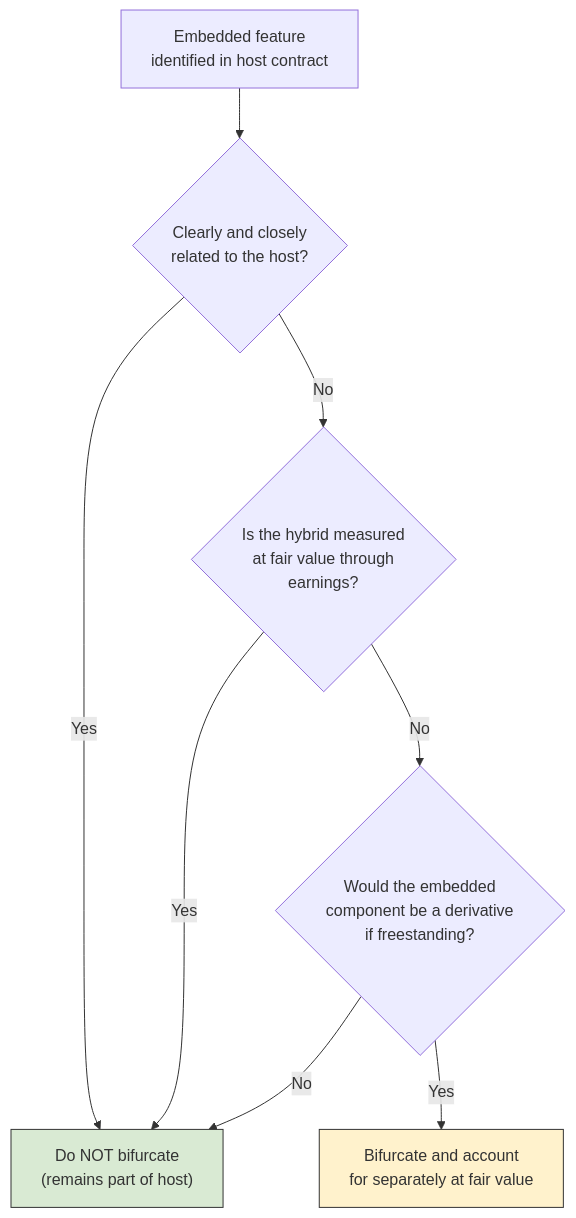
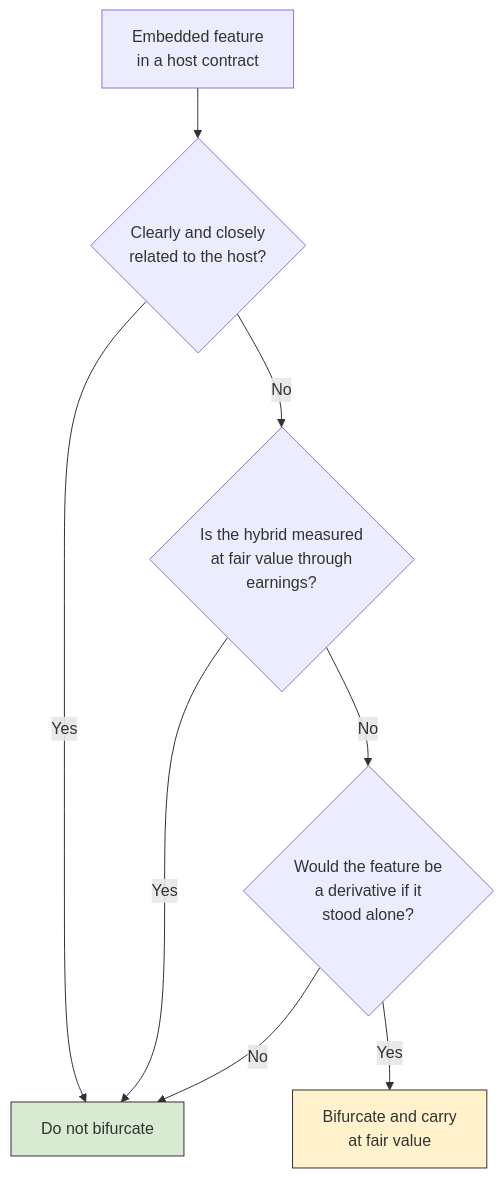
Before and after one commit to subwaymatch/cpabear-book: the diagram in docs/bar/technical-accounting-combinations-and-reporting/derivatives-and-hedge-accounting.md, drawn with Mermaid. The commit also changed other lines of this file and 204 other files, not shown here.

First line of the commit message:
Update the book for the 2027 CPA Exam Blueprints, fix dark-mode diagrams, add diagram zoom (#49)

````diff
--- a/docs/bar/technical-accounting-combinations-and-reporting/derivatives-and-hedge-accounting.md
+++ b/docs/bar/technical-accounting-combinations-and-reporting/derivatives-and-hedge-accounting.md
@@ -71,12 +48,12 @@
 ```mermaid
 graph TD
-    A["Embedded feature<br/>identified in host contract"] --> B{"Clearly and closely<br/>related to the host?"}
-    B -->|Yes| NB["Do NOT bifurcate<br/>(remains part of host)"]
+    A["Embedded feature<br/>in a host contract"] --> B{"Clearly and closely<br/>related to the host?"}
+    B -->|Yes| NB["Do not bifurcate"]
     B -->|No| C{"Is the hybrid measured<br/>at fair value through<br/>earnings?"}
     C -->|Yes| NB
-    C -->|No| D{"Would the embedded<br/>component be a derivative<br/>if freestanding?"}
+    C -->|No| D{"Would the feature be<br/>a derivative if it<br/>stood alone?"}
     D -->|No| NB
-    D -->|Yes| BIF["Bifurcate and account<br/>for separately at fair value"]
+    D -->|Yes| BIF["Bifurcate and carry<br/>at fair value"]
     style BIF fill:#fff2cc,stroke:#333
     style NB fill:#d9ead3,stroke:#333
 ```
````
